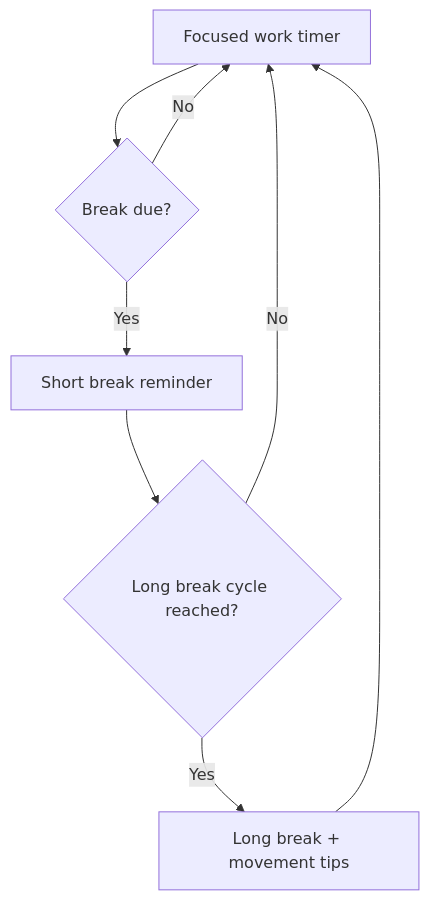
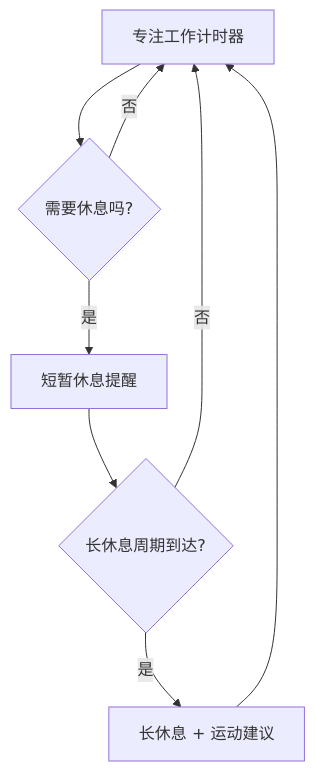
The diagram in README.md (EdwinJia1/SafeEyes-mac-), drawn with Mermaid before and after one commit. The commit also changed other lines of this file and 7 other files, not shown here.

````diff
--- a/README.md
+++ b/README.md
@@ -12,10 +14,10 @@
 ```mermaid
 graph TD
-    A[Focused work timer] --> B{Break due?}
-    B -- No --> A
-    B -- Yes --> C[Short break reminder]
-    C --> D{Long break cycle reached?}
-    D -- No --> A
-    D -- Yes --> E[Long break + movement tips]
+    A[专注工作计时器] --> B{需要休息吗?}
+    B -- 否 --> A
+    B -- 是 --> C[短暂休息提醒]
+    C --> D{长休息周期到达?}
+    D -- 否 --> A
+    D -- 是 --> E[长休息 + 运动建议]
     E --> A
 ```
````
